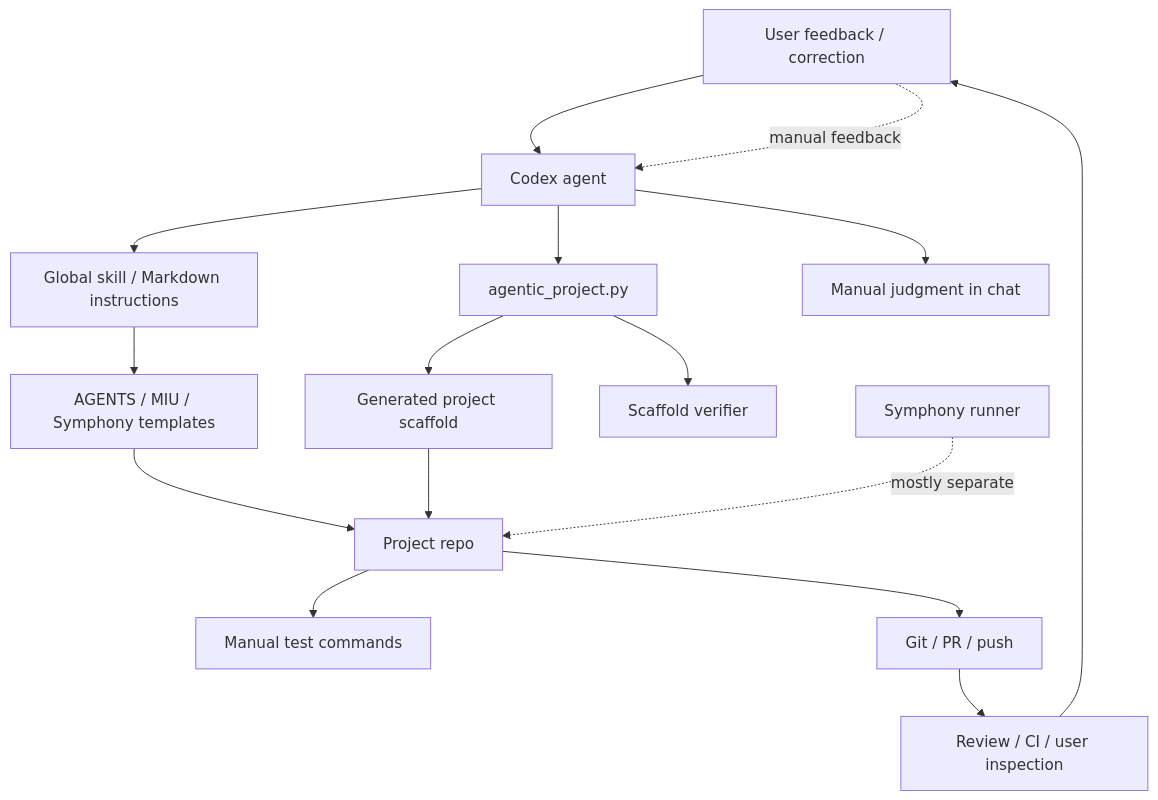
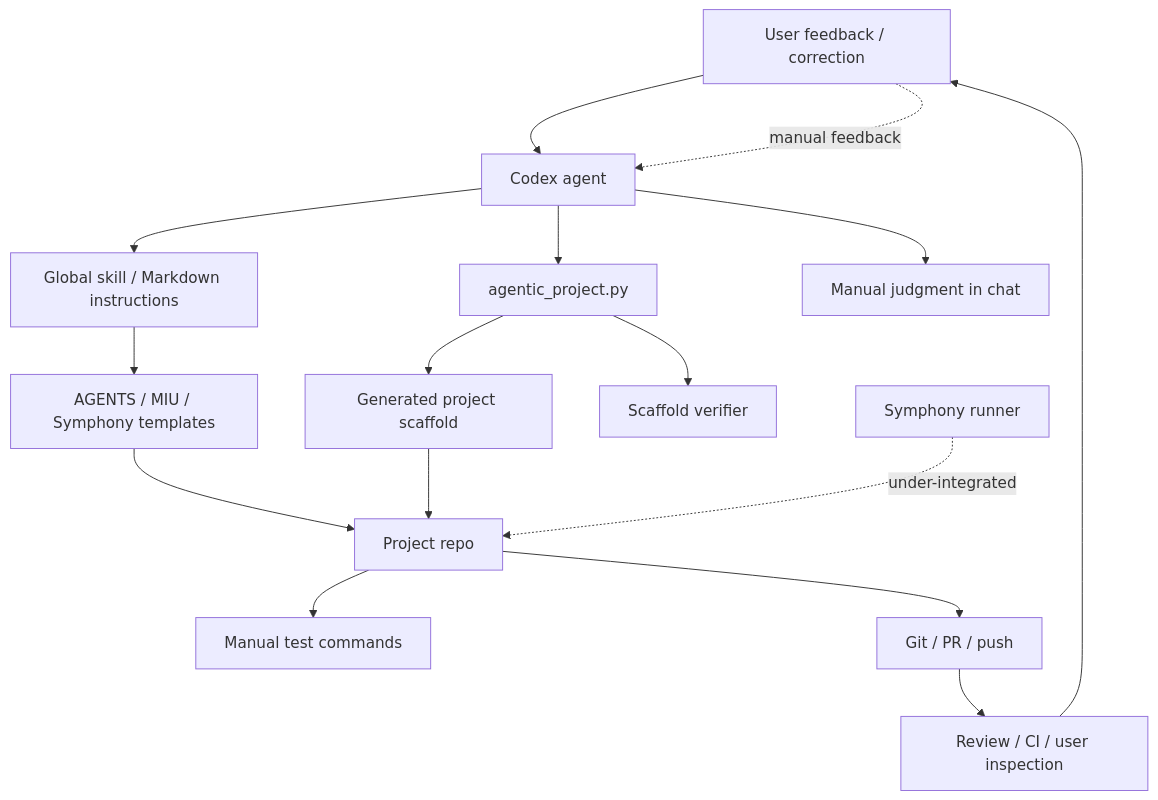
The first of 7 diagrams in examples/orocsy-agentic-delivery/orocsy-delivery-runtime-architecture.md (orocsy/symphony), drawn with Mermaid before and after one commit. The commit also changed other lines of this file, not shown here.

Commit message:
Clarify Symphony governance in Orocsy runtime

````diff
--- a/examples/orocsy-agentic-delivery/orocsy-delivery-runtime-architecture.md
+++ b/examples/orocsy-agentic-delivery/orocsy-delivery-runtime-architecture.md
@@ -10,25 +19,25 @@
 ```mermaid
 flowchart TD
   User["User feedback / correction"] --> Codex["Codex agent"]
 
   Codex --> Skill["Global skill / Markdown instructions"]
   Codex --> Kit["agentic_project.py"]
   Codex --> Manual["Manual judgment in chat"]
 
   Skill --> Templates["AGENTS / MIU / Symphony templates"]
   Kit --> Scaffold["Generated project scaffold"]
   Kit --> VerifyScaffold["Scaffold verifier"]
 
   Scaffold --> Project["Project repo"]
   Templates --> Project
 
   Project --> Tests["Manual test commands"]
   Project --> Git["Git / PR / push"]
 
   Git --> Review["Review / CI / user inspection"]
   Review --> User
 
   User -.manual feedback.-> Codex
 
-  Symphony["Symphony runner"] -.mostly separate.-> Project
+  Symphony["Symphony runner"] -.under-integrated.-> Project
 ```
````
